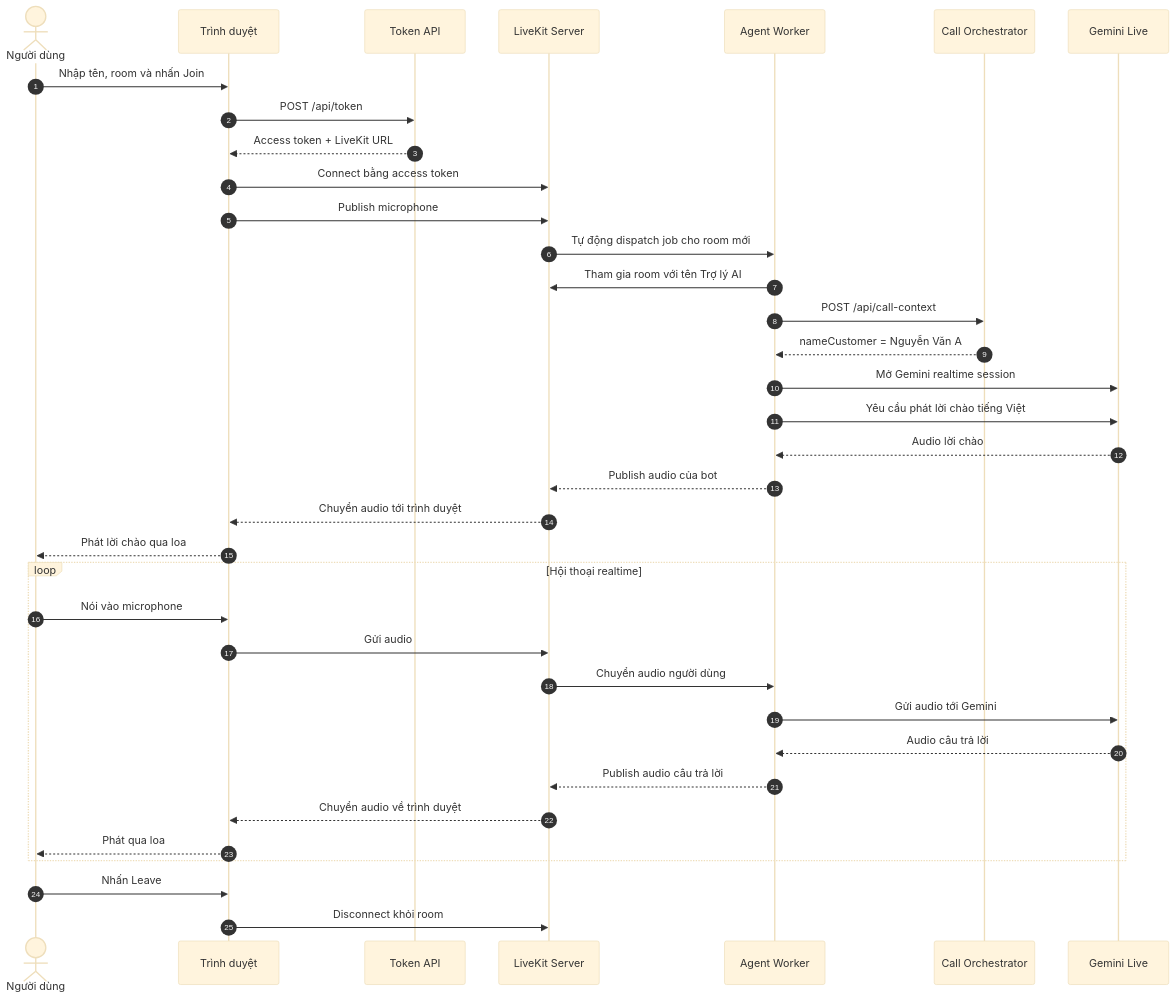
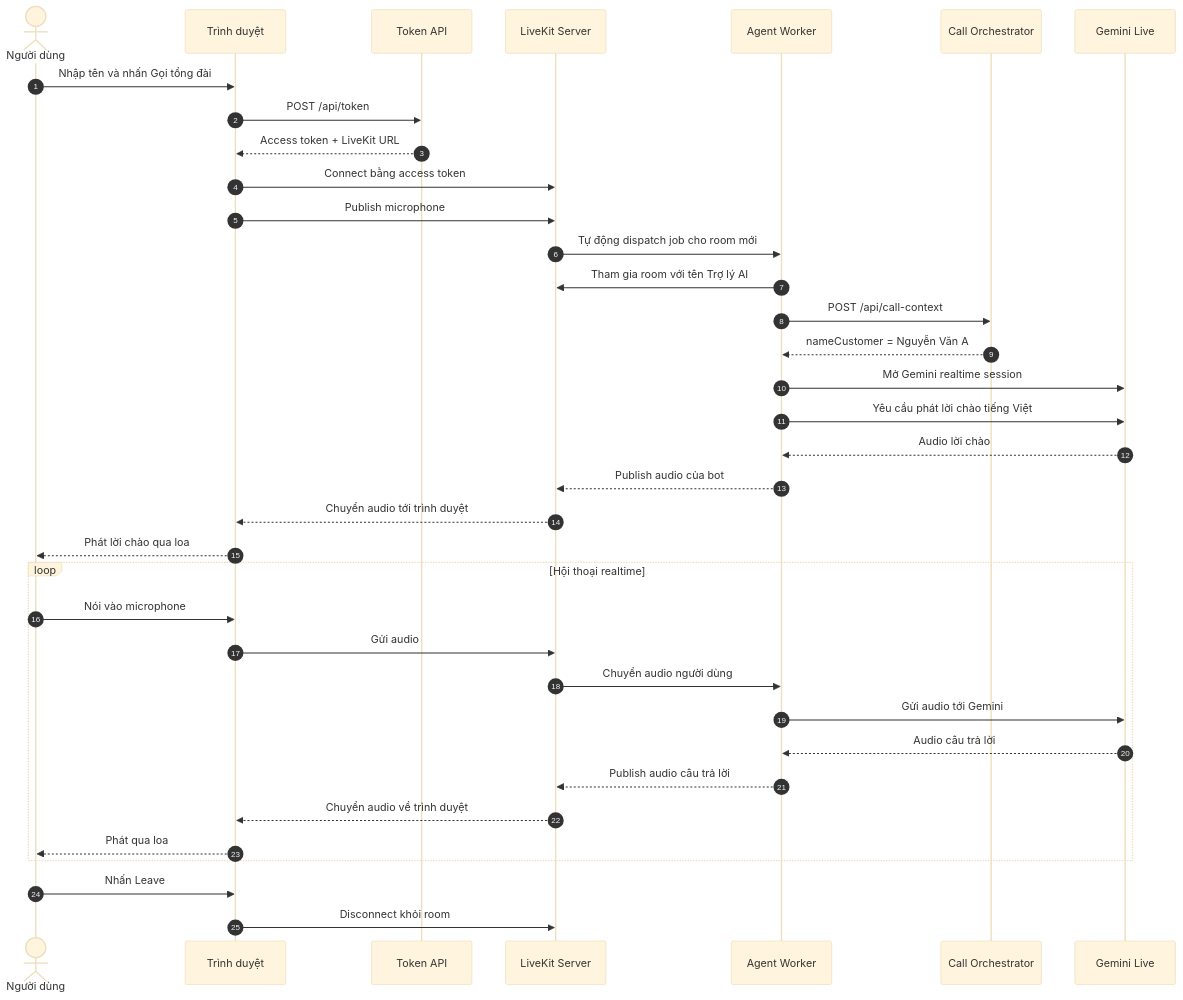
The second of 3 diagrams in README.md (dat02092k1/call_system), drawn with Mermaid (base theme) before and after one commit. The commit also changed other lines of this file and 7 other files, not shown here.

````diff
--- a/README.md
+++ b/README.md
@@ -63,41 +63,41 @@
 ```mermaid
 sequenceDiagram
     autonumber
     actor U as Người dùng
     participant B as Trình duyệt
     participant T as Token API
     participant L as LiveKit Server
     participant A as Agent Worker
     participant O as Call Orchestrator
     participant G as Gemini Live
 
-    U->>B: Nhập tên, room và nhấn Join
+    U->>B: Nhập tên và nhấn Gọi tổng đài
     B->>T: POST /api/token
     T-->>B: Access token + LiveKit URL
     B->>L: Connect bằng access token
     B->>L: Publish microphone
     L->>A: Tự động dispatch job cho room mới
     A->>L: Tham gia room với tên Trợ lý AI
     A->>O: POST /api/call-context
     O-->>A: nameCustomer = Nguyễn Văn A
     A->>G: Mở Gemini realtime session
     A->>G: Yêu cầu phát lời chào tiếng Việt
     G-->>A: Audio lời chào
     A-->>L: Publish audio của bot
     L-->>B: Chuyển audio tới trình duyệt
     B-->>U: Phát lời chào qua loa
 
     loop Hội thoại realtime
         U->>B: Nói vào microphone
         B->>L: Gửi audio
         L->>A: Chuyển audio người dùng
         A->>G: Gửi audio tới Gemini
         G-->>A: Audio câu trả lời
         A-->>L: Publish audio câu trả lời
         L-->>B: Chuyển audio về trình duyệt
         B-->>U: Phát qua loa
     end
 
     U->>B: Nhấn Leave
     B->>L: Disconnect khỏi room
 ```
````
